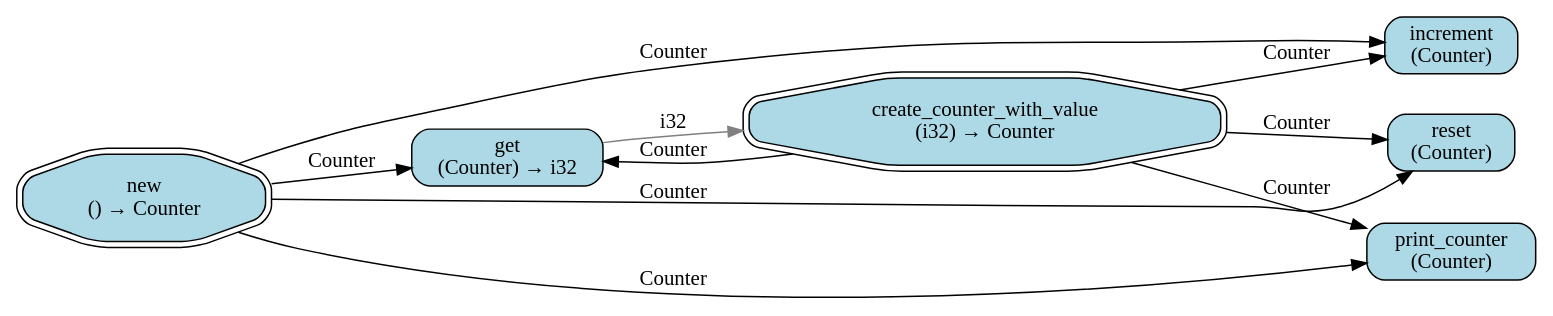
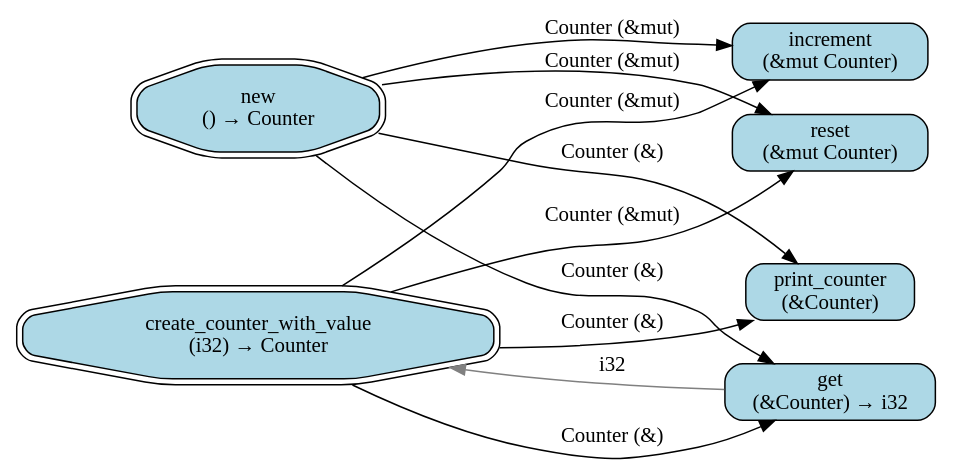
The diagram in api_graph.dot (kevindadi/RustSynth), drawn with Graphviz before and after one commit. The commit also changed 5 other files, not shown here.

First line of the commit message:
Enhance API graph representation with capability information

```diff
--- a/api_graph.dot
+++ b/api_graph.dot
@@ -1,21 +1,21 @@
 digraph ApiGraph {
   rankdir=LR;
   node [shape=box, style=rounded];
 
-  n0 [label="new\n() → Counter", fillcolor=lightblue, style="rounded,filled", shape=doubleoctagon];
-  n1 [label="increment\n(Counter)", fillcolor=lightblue, style="rounded,filled", shape=box];
-  n2 [label="get\n(Counter) → i32", fillcolor=lightblue, style="rounded,filled", shape=box];
-  n3 [label="reset\n(Counter)", fillcolor=lightblue, style="rounded,filled", shape=box];
-  n4 [label="create_counter_with_value\n(i32) → Counter", fillcolor=lightblue, style="rounded,filled", shape=doubleoctagon];
-  n5 [label="print_counter\n(Counter)", fillcolor=lightblue, style="rounded,filled", shape=box];
+  n0 [label="print_counter\n(&Counter)", fillcolor=lightblue, style="rounded,filled", shape=box];
+  n1 [label="create_counter_with_value\n(i32) → Counter", fillcolor=lightblue, style="rounded,filled", shape=doubleoctagon];
+  n2 [label="new\n() → Counter", fillcolor=lightblue, style="rounded,filled", shape=doubleoctagon];
+  n3 [label="increment\n(&mut Counter)", fillcolor=lightblue, style="rounded,filled", shape=box];
+  n4 [label="get\n(&Counter) → i32", fillcolor=lightblue, style="rounded,filled", shape=box];
+  n5 [label="reset\n(&mut Counter)", fillcolor=lightblue, style="rounded,filled", shape=box];
 
-  n0 -> n1 [label="Counter", color="black"];
-  n0 -> n2 [label="Counter", color="black"];
-  n0 -> n3 [label="Counter", color="black"];
-  n0 -> n5 [label="Counter", color="black"];
-  n4 -> n1 [label="Counter", color="black"];
-  n4 -> n2 [label="Counter", color="black"];
-  n4 -> n3 [label="Counter", color="black"];
-  n4 -> n5 [label="Counter", color="black"];
-  n2 -> n4 [label="i32", color="gray"];
+  n1 -> n0 [label="Counter (&)", color="black"];
+  n1 -> n3 [label="Counter (&mut)", color="black"];
+  n1 -> n4 [label="Counter (&)", color="black"];
+  n1 -> n5 [label="Counter (&mut)", color="black"];
+  n2 -> n0 [label="Counter (&)", color="black"];
+  n2 -> n3 [label="Counter (&mut)", color="black"];
+  n2 -> n4 [label="Counter (&)", color="black"];
+  n2 -> n5 [label="Counter (&mut)", color="black"];
+  n4 -> n1 [label="i32", color="gray"];
 }
```
